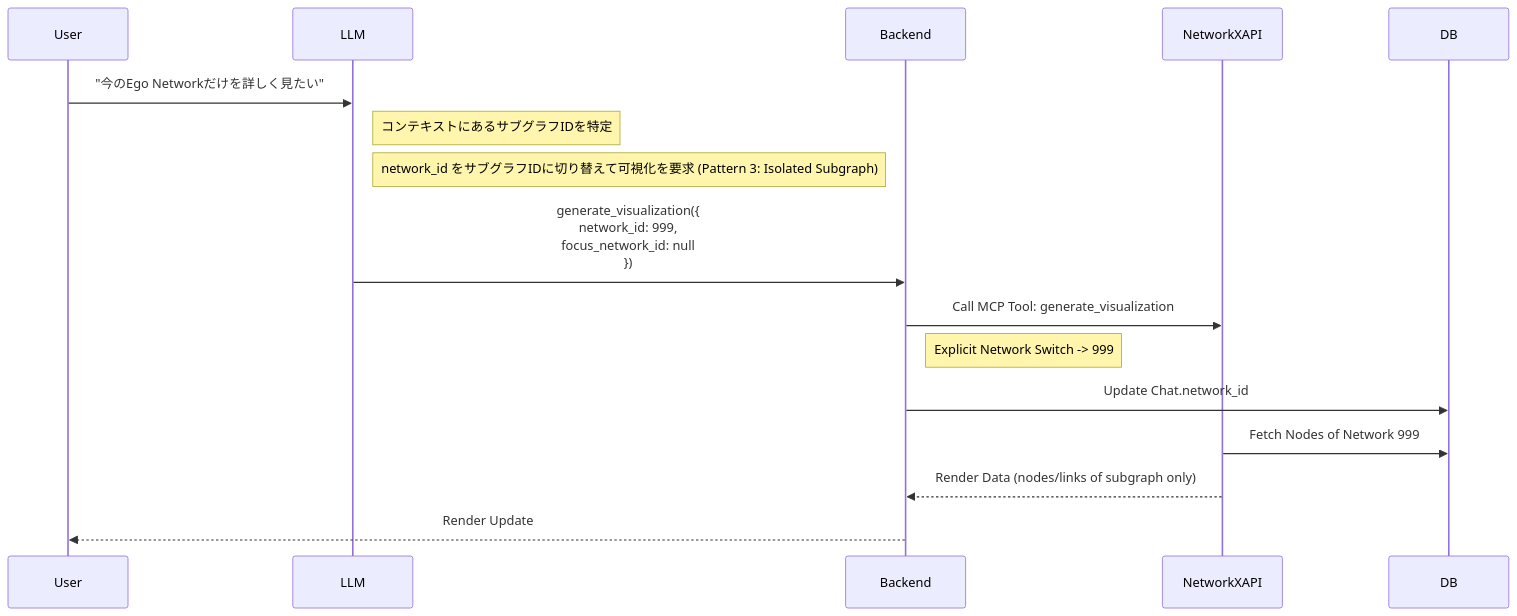
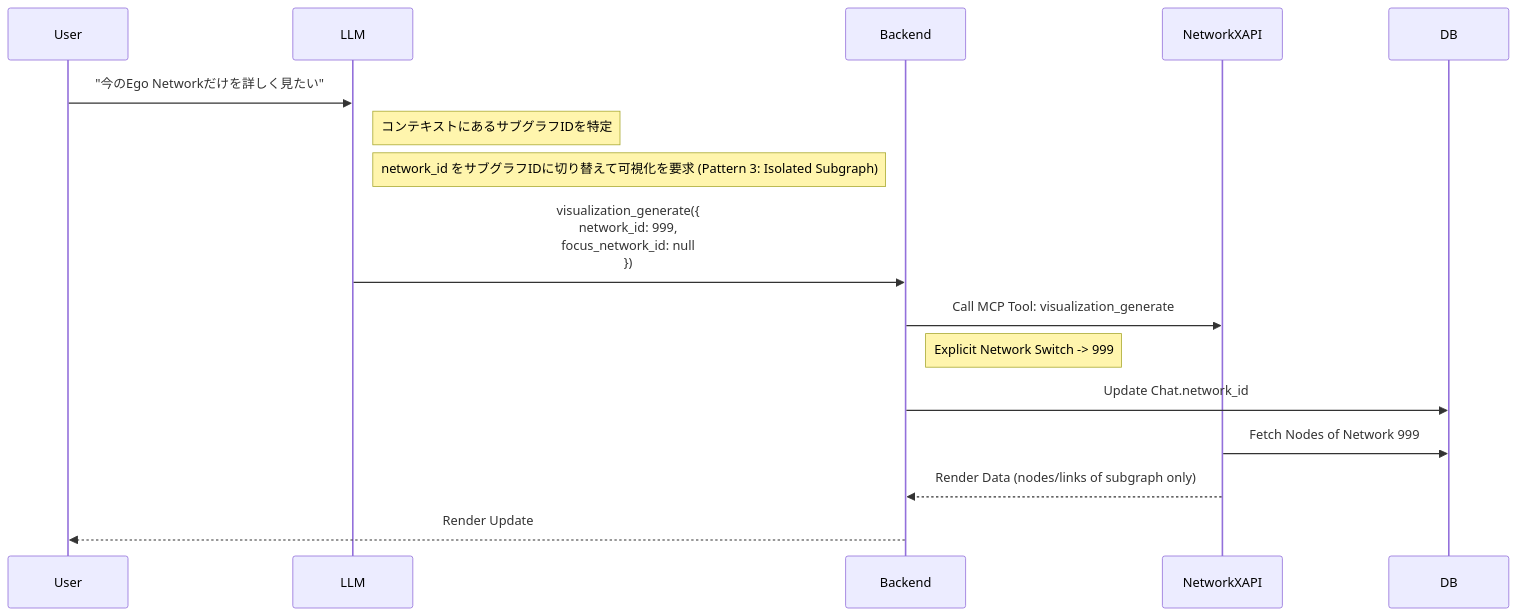
The eighth of 13 diagrams in specification/2_Technical_Details/6_Core_Workflows.md (vdslab/LLMGraphvis), drawn with Mermaid before and after one commit. The commit also changed other lines of this file and 12 other files, not shown here.

````diff
--- a/specification/2_Technical_Details/6_Core_Workflows.md
+++ b/specification/2_Technical_Details/6_Core_Workflows.md
@@ -359,23 +369,23 @@
 ```mermaid
 sequenceDiagram
     participant User
     participant LLM
     participant Backend
     participant NetworkXAPI
     participant DB
 
     User->>LLM: "今のEgo Networkだけを詳しく見たい"
     
     note right of LLM: コンテキストにあるサブグラフIDを特定
     
     note right of LLM: network_id をサブグラフIDに切り替えて可視化を要求 (Pattern 3: Isolated Subgraph)
-    LLM->>Backend: generate_visualization({<br/>  network_id: 999, <br/>  focus_network_id: null <br/>})
-    Backend->>NetworkXAPI: Call MCP Tool: generate_visualization
+    LLM->>Backend: visualization_generate({<br/>  network_id: 999, <br/>  focus_network_id: null <br/>})
+    Backend->>NetworkXAPI: Call MCP Tool: visualization_generate
     
     note right of Backend: Explicit Network Switch -> 999
     Backend->>DB: Update Chat.network_id
 
     NetworkXAPI->>DB: Fetch Nodes of Network 999
     NetworkXAPI-->>Backend: Render Data (nodes/links of subgraph only)
     Backend-->>User: Render Update
 ```
````
